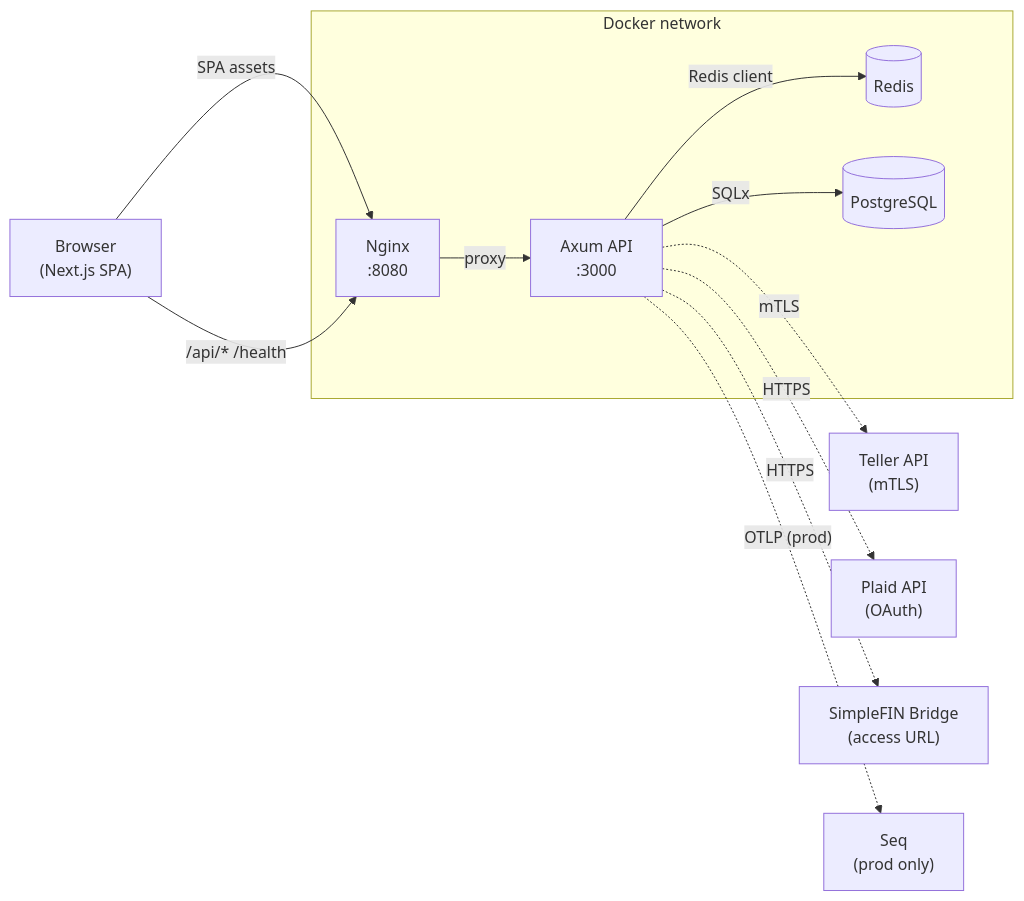
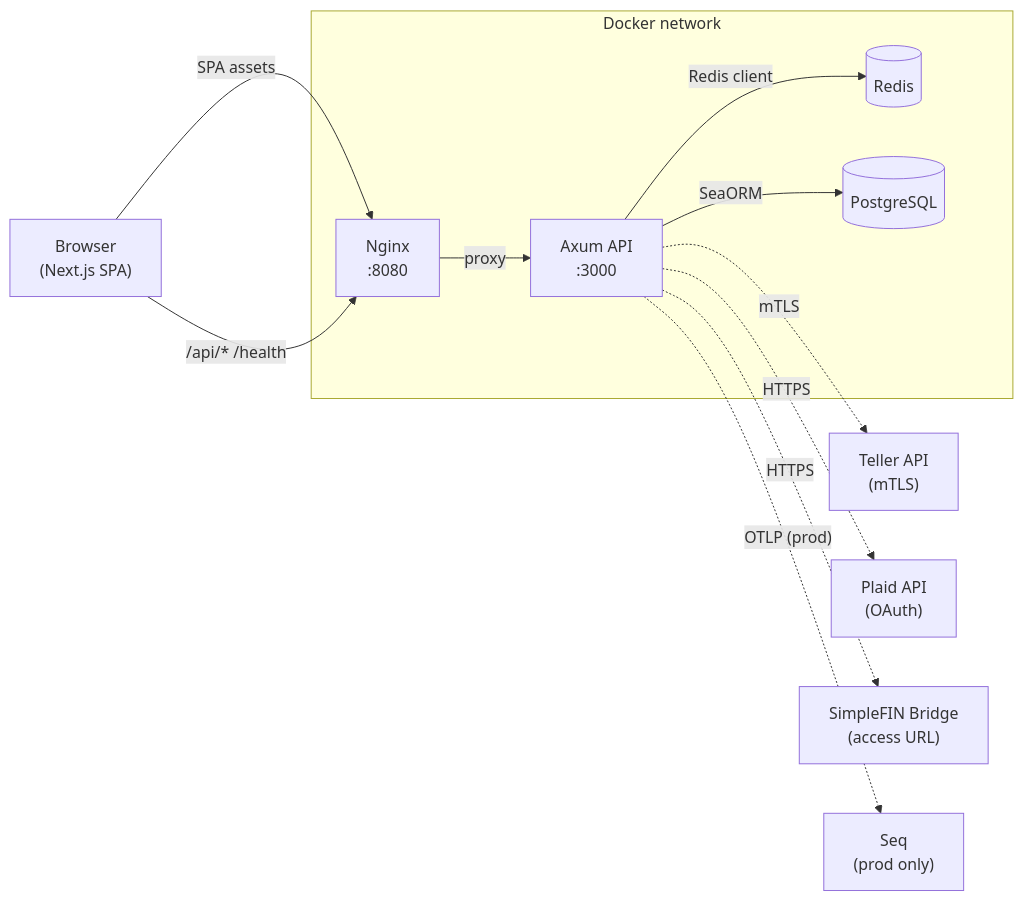
The first of 7 diagrams in docs/ARCHITECTURE.md (TwoBitFoundry/sumurai), drawn with Mermaid before and after one commit. The commit also changed other lines of this file and 103 other files, not shown here.

Commit message:
feat!: replace SQLx with SeaORM (#142)

````diff
--- a/docs/ARCHITECTURE.md
+++ b/docs/ARCHITECTURE.md
@@ -11,26 +11,26 @@
 ```mermaid
 flowchart LR
     Browser["Browser\n(Next.js SPA)"]
 
     subgraph "Docker network"
         Nginx["Nginx\n:8080"]
         Backend["Axum API\n:3000"]
         Redis[("Redis")]
         Postgres[("PostgreSQL")]
     end
 
     Teller["Teller API\n(mTLS)"]
     Plaid["Plaid API\n(OAuth)"]
     SimpleFIN["SimpleFIN Bridge\n(access URL)"]
     Seq["Seq\n(prod only)"]
 
     Browser -->|"SPA assets"| Nginx
     Browser -->|"/api/*  /health"| Nginx
     Nginx -->|"proxy"| Backend
-    Backend -->|"SQLx"| Postgres
+    Backend -->|"SeaORM"| Postgres
     Backend -->|"Redis client"| Redis
     Backend -.->|"OTLP (prod)"| Seq
     Backend -.->|"mTLS"| Teller
     Backend -.->|"HTTPS"| Plaid
     Backend -.->|"HTTPS"| SimpleFIN
 ```
````
